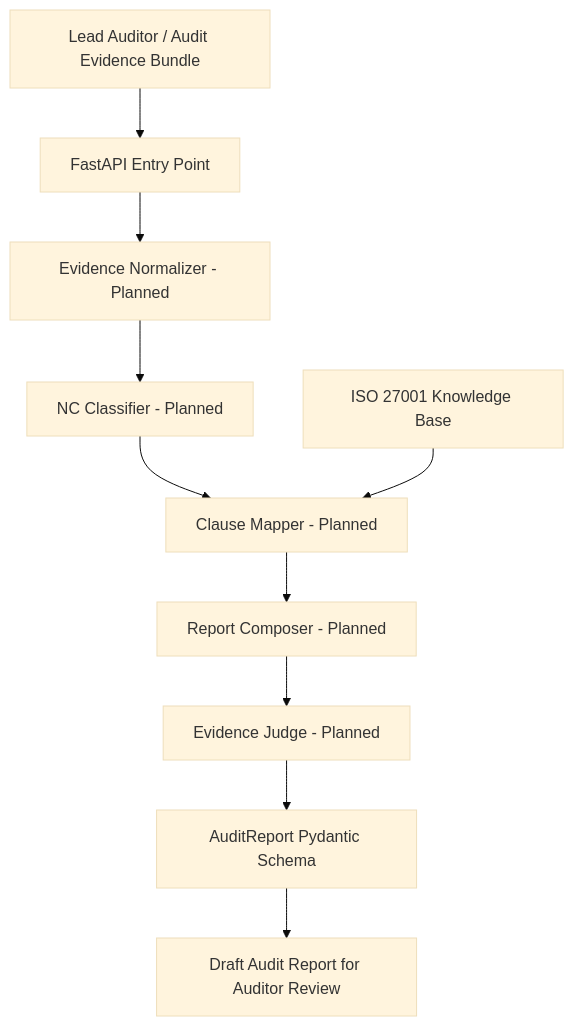
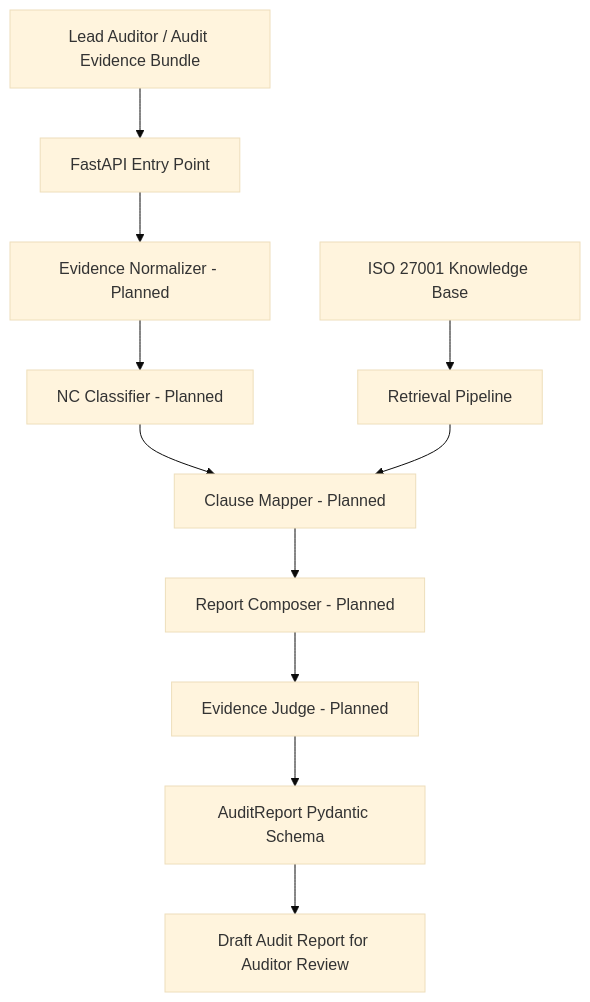
One commit to Folkkkks/ISOAuditReportGenerator changed the diagram in README.md. Above: the diagram before and after it, drawn with Mermaid (base theme). The commit also changed other lines of this file and 4 other files, not shown here.

Commit message:
Add RAG retrieval pipeline

````diff
--- a/README.md
+++ b/README.md
@@ -78,17 +78,18 @@
 ```mermaid
 flowchart TD
     A[Lead Auditor / Audit Evidence Bundle]
     A --> B[FastAPI Entry Point]
 
     B --> C[Evidence Normalizer - Planned]
     C --> D[NC Classifier - Planned]
     D --> E[Clause Mapper - Planned]
 
     K[ISO 27001 Knowledge Base]
-    K --> E
+    K --> R[Retrieval Pipeline]
+    R --> E
 
     E --> F[Report Composer - Planned]
     F --> G[Evidence Judge - Planned]
     G --> H[AuditReport Pydantic Schema]
     H --> I[Draft Audit Report for Auditor Review]
 ```
````
